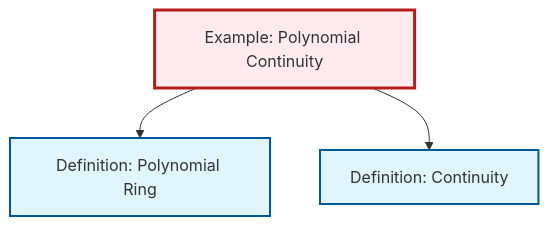
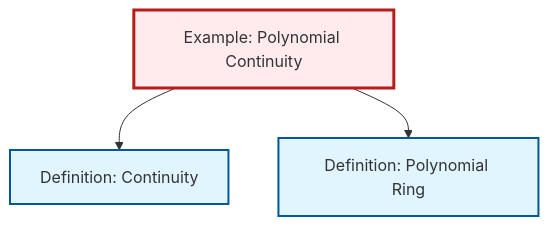
One commit to RK0429/ModernMath changed the diagram in content/en/analysis/ex-polynomial-continuity.qmd. Above: the diagram before and after it, drawn with Mermaid. The commit also changed other lines of this file and 1069 other files, not shown here.

````diff
--- a/content/en/analysis/ex-polynomial-continuity.qmd
+++ b/content/en/analysis/ex-polynomial-continuity.qmd
@@ -57,17 +57,17 @@
 ```{mermaid}
 %%| fig-cap: "Local dependency graph"
 graph TD
     classDef definition fill:#e1f5fe,stroke:#01579b,stroke-width:2px
     classDef theorem fill:#f3e5f5,stroke:#4a148c,stroke-width:2px
     classDef axiom fill:#fff3e0,stroke:#e65100,stroke-width:2px
     classDef example fill:#e8f5e9,stroke:#1b5e20,stroke-width:2px
     classDef current fill:#ffebee,stroke:#b71c1c,stroke-width:3px
+    def-polynomial-ring["Definition: Polynomial Ring"]:::definition
     ex-polynomial-continuity["Example: Polynomial Continuity"]:::example
-    def-polynomial-ring["Definition: Polynomial Ring"]:::definition
     def-continuity["Definition: Continuity"]:::definition
+    ex-polynomial-continuity --> def-continuity
     ex-polynomial-continuity --> def-polynomial-ring
-    ex-polynomial-continuity --> def-continuity
     class ex-polynomial-continuity current
     click def-polynomial-ring "def-polynomial-ring.html" "Go to Polynomial Ring definition"
     click def-continuity "def-continuity.html" "Go to Continuity definition"
 ```
````
